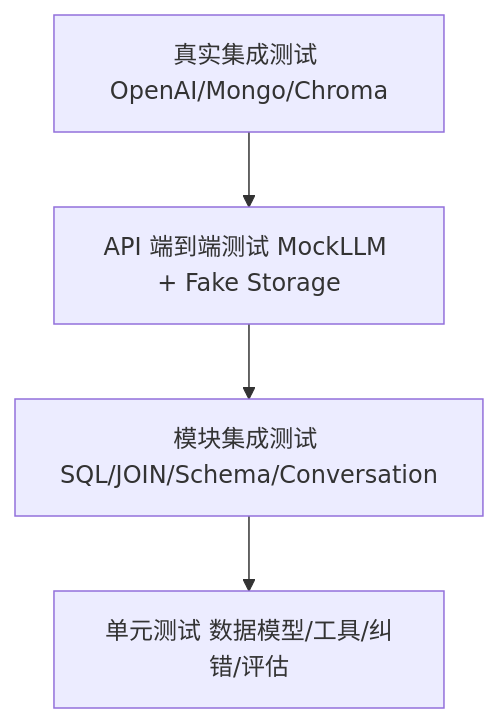
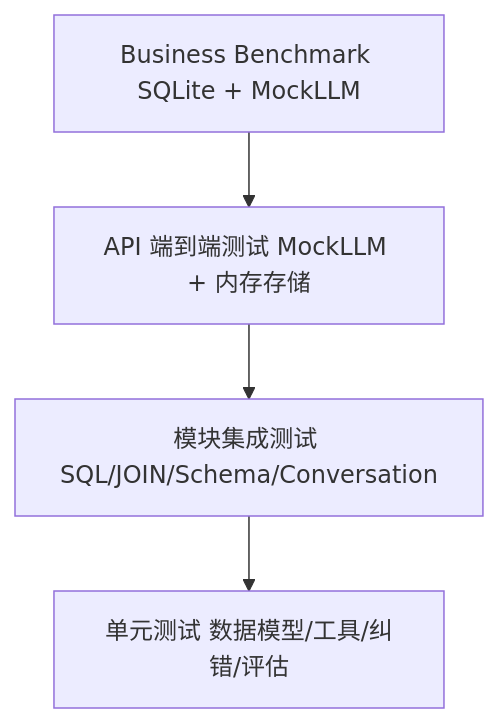
One commit to shuaidaqian/data-agent changed the sixth of 12 diagrams in docs/study-plan/diagrams.md. Above: the diagram before and after it, drawn with Mermaid. The commit also changed 45 other files, not shown here.

````diff
--- a/docs/study-plan/diagrams.md
+++ b/docs/study-plan/diagrams.md
@@ -92,6 +92,6 @@
 ```mermaid
 flowchart TD
-    A["真实集成测试 OpenAI/Mongo/Chroma"] --> B["API 端到端测试 MockLLM + Fake Storage"]
+    A["Business Benchmark SQLite + MockLLM"] --> B["API 端到端测试 MockLLM + 内存存储"]
     B --> C["模块集成测试 SQL/JOIN/Schema/Conversation"]
     C --> D["单元测试 数据模型/工具/纠错/评估"]
 ```
````
